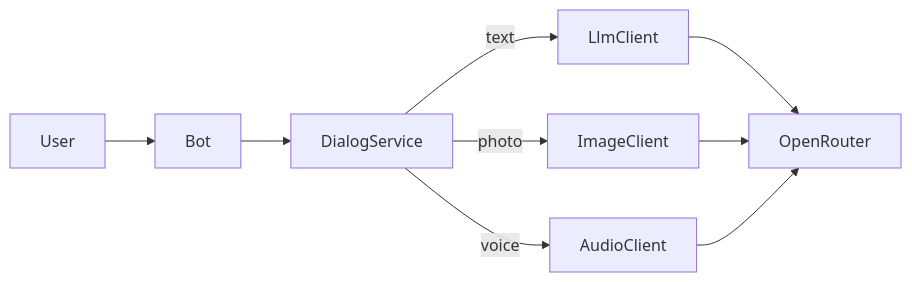
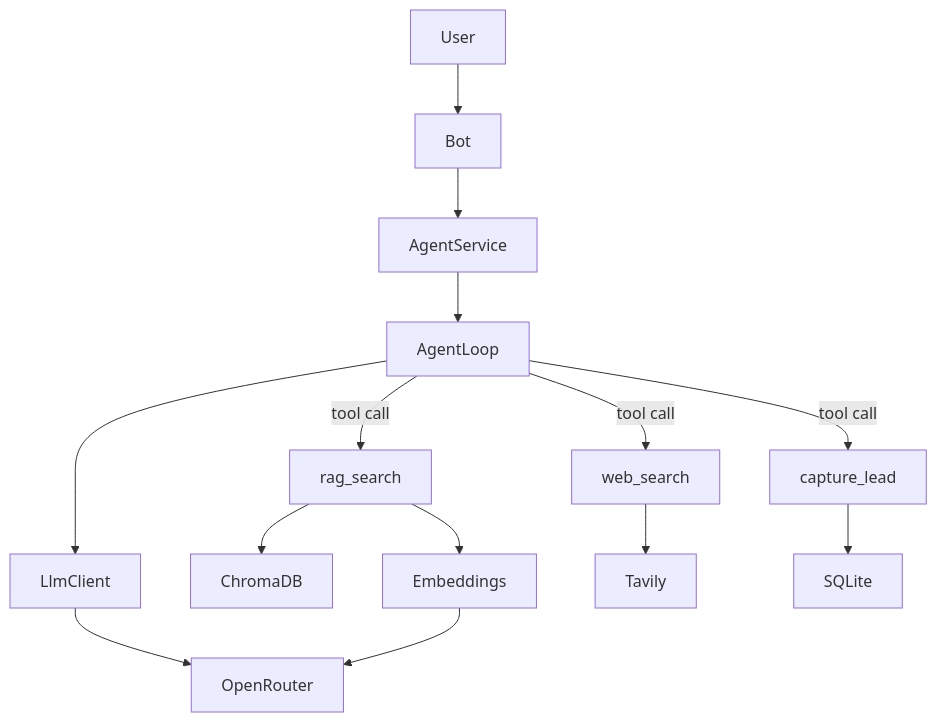
Before and after one commit to apfisenko/ExpressCourse: the diagram in docs/vision.md, drawn with Mermaid. The commit also changed other lines of this file and 5 other files, not shown here.

````diff
--- a/docs/vision.md
+++ b/docs/vision.md
@@ -61,9 +73,16 @@
 ```mermaid
-flowchart LR
+flowchart TB
   User --> Bot
-  Bot --> DialogService
-  DialogService -->|text| LlmClient
-  DialogService -->|photo| ImageClient
-  DialogService -->|voice| AudioClient
-  LlmClient & ImageClient & AudioClient --> OpenRouter
+  Bot --> AgentService
+  AgentService --> AgentLoop
+  AgentLoop --> LlmClient
+  LlmClient --> OpenRouter
+  AgentLoop -->|tool call| rag_search
+  AgentLoop -->|tool call| web_search
+  AgentLoop -->|tool call| capture_lead
+  rag_search --> ChromaDB
+  rag_search --> Embeddings
+  Embeddings --> OpenRouter
+  web_search --> Tavily
+  capture_lead --> SQLite
 ```
````
